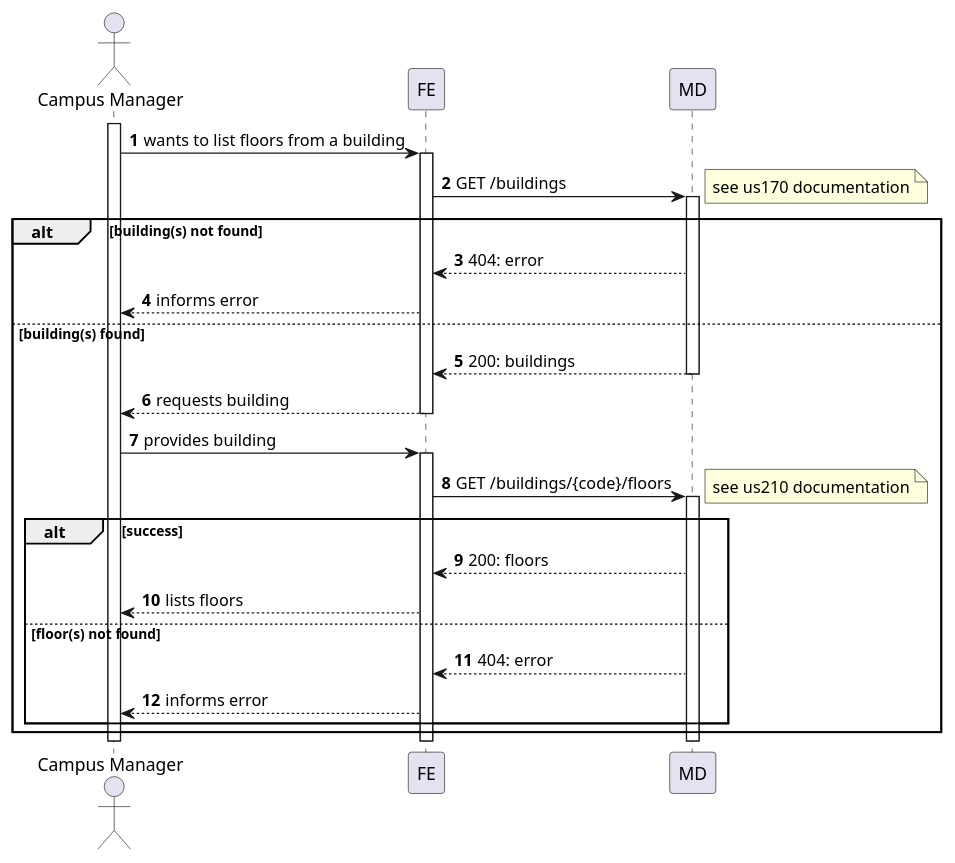
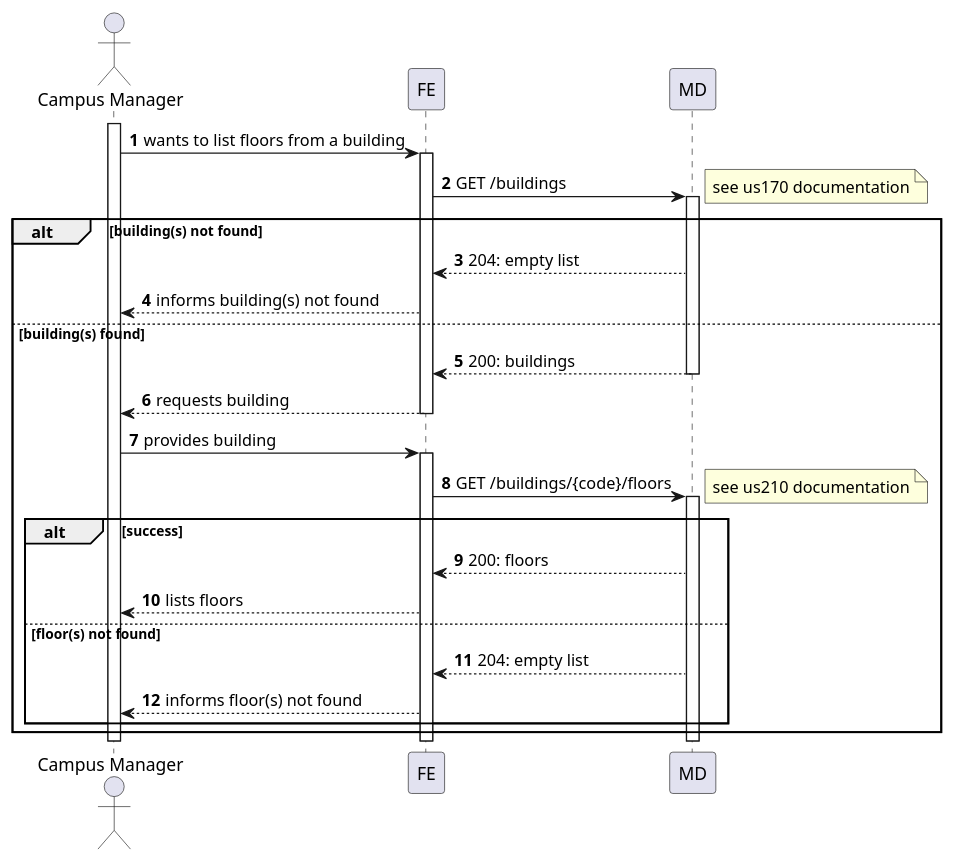
The diagram in docs/us1100/level2/process-view.puml (Departamento-de-Engenharia-Informatica/lapr5-23-24-g19), drawn with PlantUML before and after one commit. The commit also changed 3 other files, not shown here.

```diff
--- a/docs/us1100/level2/process-view.puml
+++ b/docs/us1100/level2/process-view.puml
@@ -1,43 +1,43 @@
 @startuml
 autonumber
 
 actor "Campus Manager" as usr
 
 participant "FE" as ui
 
 participant "MD" as md
 
 activate usr
     usr -> ui : wants to list floors from a building
     activate ui
         ui -> md : GET /buildings
     alt building(s) not found
             activate md
                 note right : see us170 documentation
-                md --> ui : 404: error
-                ui --> usr : informs error
+                md --> ui : 204: empty list
+                ui --> usr : informs building(s) not found
 
     else building(s) found
             md --> ui : 200: buildings
             deactivate md
             ui --> usr : requests building
         deactivate ui
 
         usr -> ui : provides building
         activate ui
             ui -> md : GET /buildings/{code}/floors
             activate md
                 note right : see us210 documentation
                 alt success
                     md --> ui : 200: floors
                     ui --> usr : lists floors
                 else floor(s) not found
-                    md --> ui : 404: error
-                    ui --> usr : informs error
+                    md --> ui : 204: empty list
+                    ui --> usr : informs floor(s) not found
                 end
     end
         deactivate md
     deactivate ui
 deactivate usr
 
 @enduml
```
